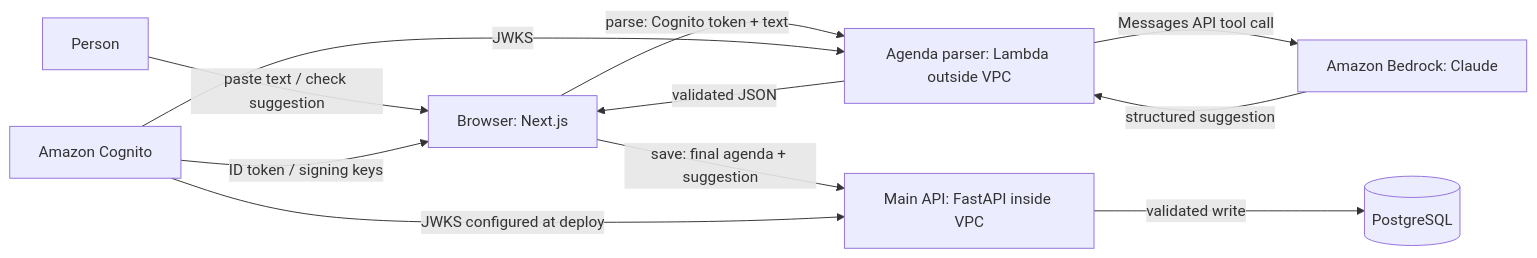
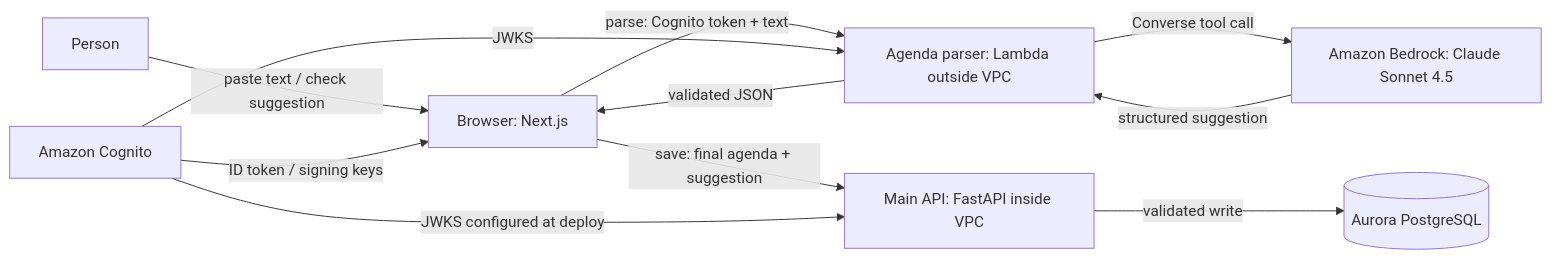
Before and after one commit to purishok/Peach: the diagram in docs/architecture-containers.md, drawn with Mermaid. The commit also changed other lines of this file and 10 other files, not shown here.

Commit message:
Finish Lab 6 deployed Claude agenda parser evidence

````diff
--- a/docs/architecture-containers.md
+++ b/docs/architecture-containers.md
@@ -3,13 +3,13 @@
 ```mermaid
 flowchart LR
     Person[Person] -->|paste text / check suggestion| Browser[Browser: Next.js]
     Browser -->|parse: Cognito token + text| Parser[Agenda parser: Lambda outside VPC]
-    Parser -->|Messages API tool call| Bedrock[Amazon Bedrock: Claude]
+    Parser -->|Converse tool call| Bedrock[Amazon Bedrock: Claude Sonnet 4.5]
     Bedrock -->|structured suggestion| Parser
     Parser -->|validated JSON| Browser
     Browser -->|save: final agenda + suggestion| API[Main API: FastAPI inside VPC]
-    API -->|validated write| DB[(PostgreSQL)]
+    API -->|validated write| DB[(Aurora PostgreSQL)]
     Cognito[Amazon Cognito] -->|ID token / signing keys| Browser
     Cognito -->|JWKS| Parser
     Cognito -->|JWKS configured at deploy| API
 ```
````
